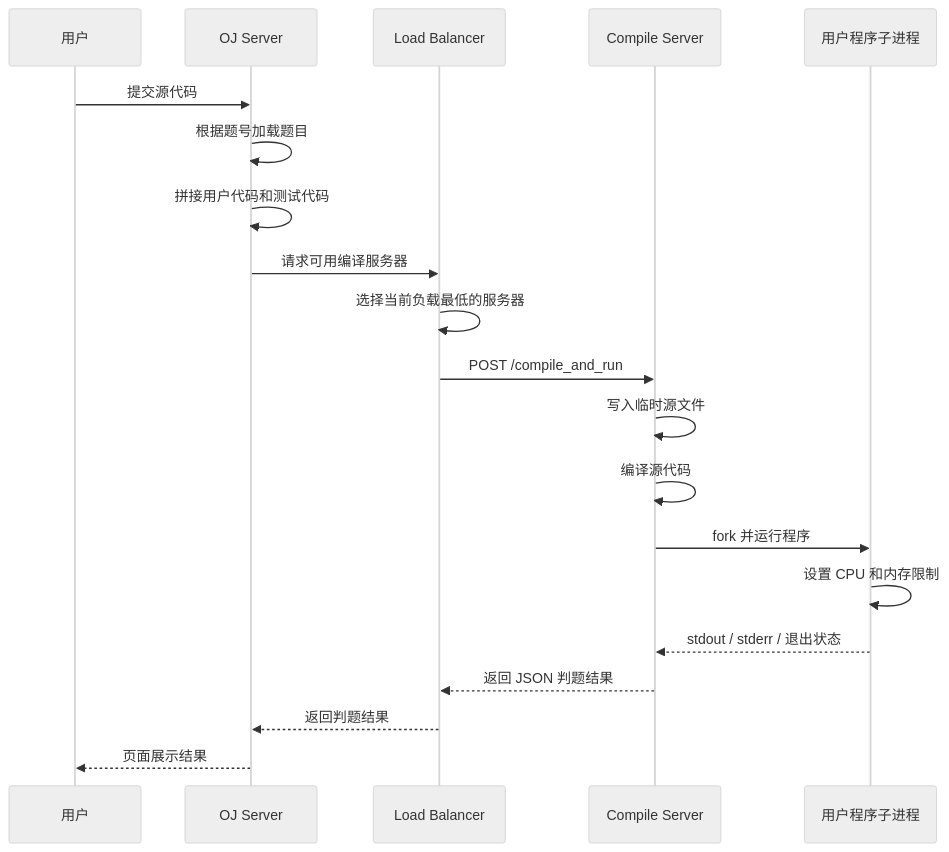
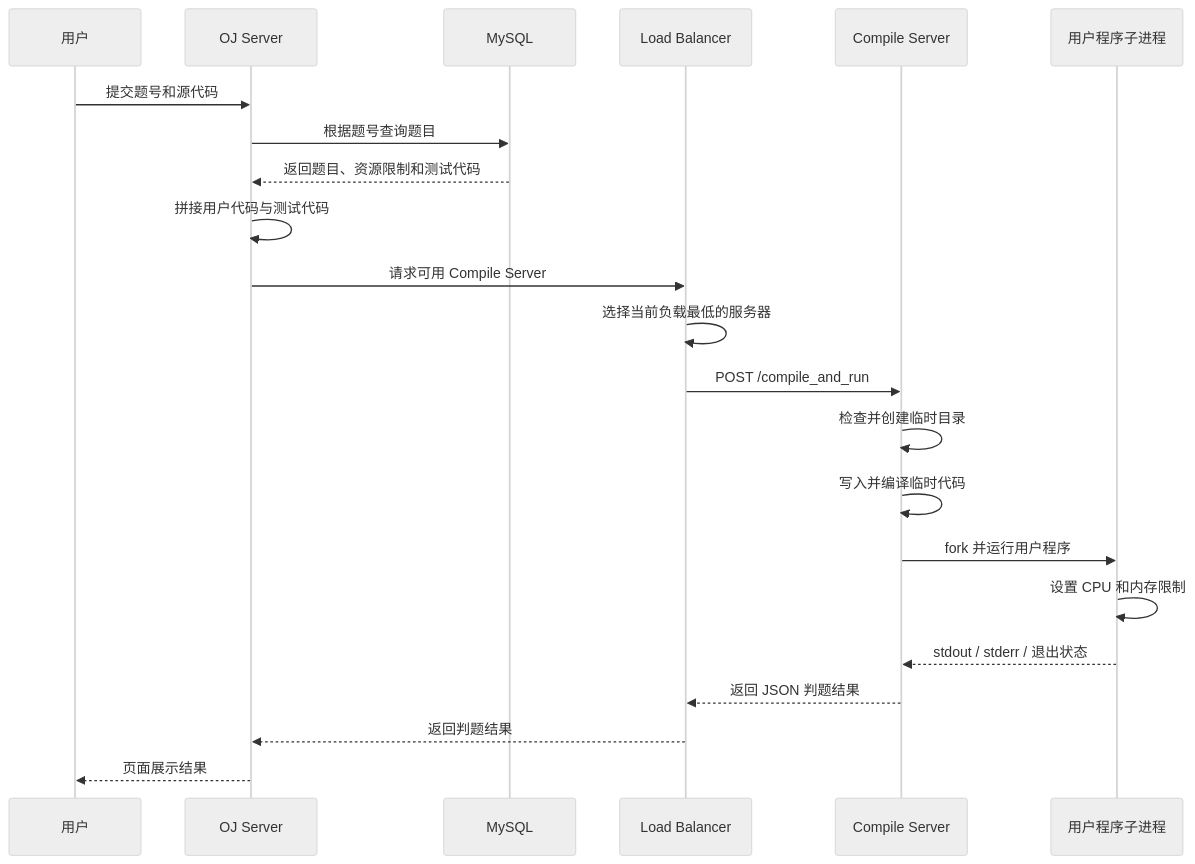
Before and after one commit to HaoPing0124/load-balanced-online-judge: the second of 2 diagrams in README.md, drawn with Mermaid (neutral theme). The commit also changed other lines of this file, not shown here.

````diff
--- a/README.md
+++ b/README.md
@@ -136,23 +184,25 @@
 ```mermaid
 sequenceDiagram
     participant U as 用户
     participant O as OJ Server
+    participant D as MySQL
     participant L as Load Balancer
     participant C as Compile Server
     participant P as 用户程序子进程
 
-    U->>O: 提交源代码
-    O->>O: 根据题号加载题目
-    O->>O: 拼接用户代码和测试代码
-    O->>L: 请求可用编译服务器
+    U->>O: 提交题号和源代码
+    O->>D: 根据题号查询题目
+    D-->>O: 返回题目、资源限制和测试代码
+    O->>O: 拼接用户代码与测试代码
+    O->>L: 请求可用 Compile Server
     L->>L: 选择当前负载最低的服务器
     L->>C: POST /compile_and_run
-    C->>C: 写入临时源文件
-    C->>C: 编译源代码
-    C->>P: fork 并运行程序
+    C->>C: 检查并创建临时目录
+    C->>C: 写入并编译临时代码
+    C->>P: fork 并运行用户程序
     P->>P: 设置 CPU 和内存限制
     P-->>C: stdout / stderr / 退出状态
     C-->>L: 返回 JSON 判题结果
     L-->>O: 返回判题结果
     O-->>U: 页面展示结果
 ```
````
